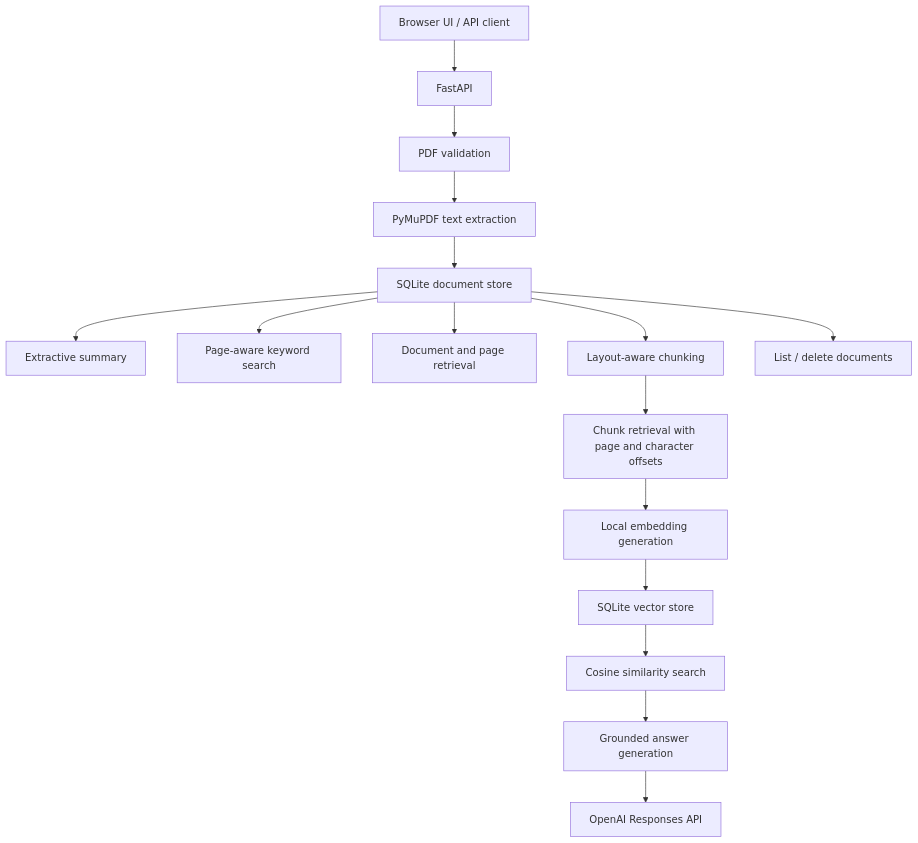
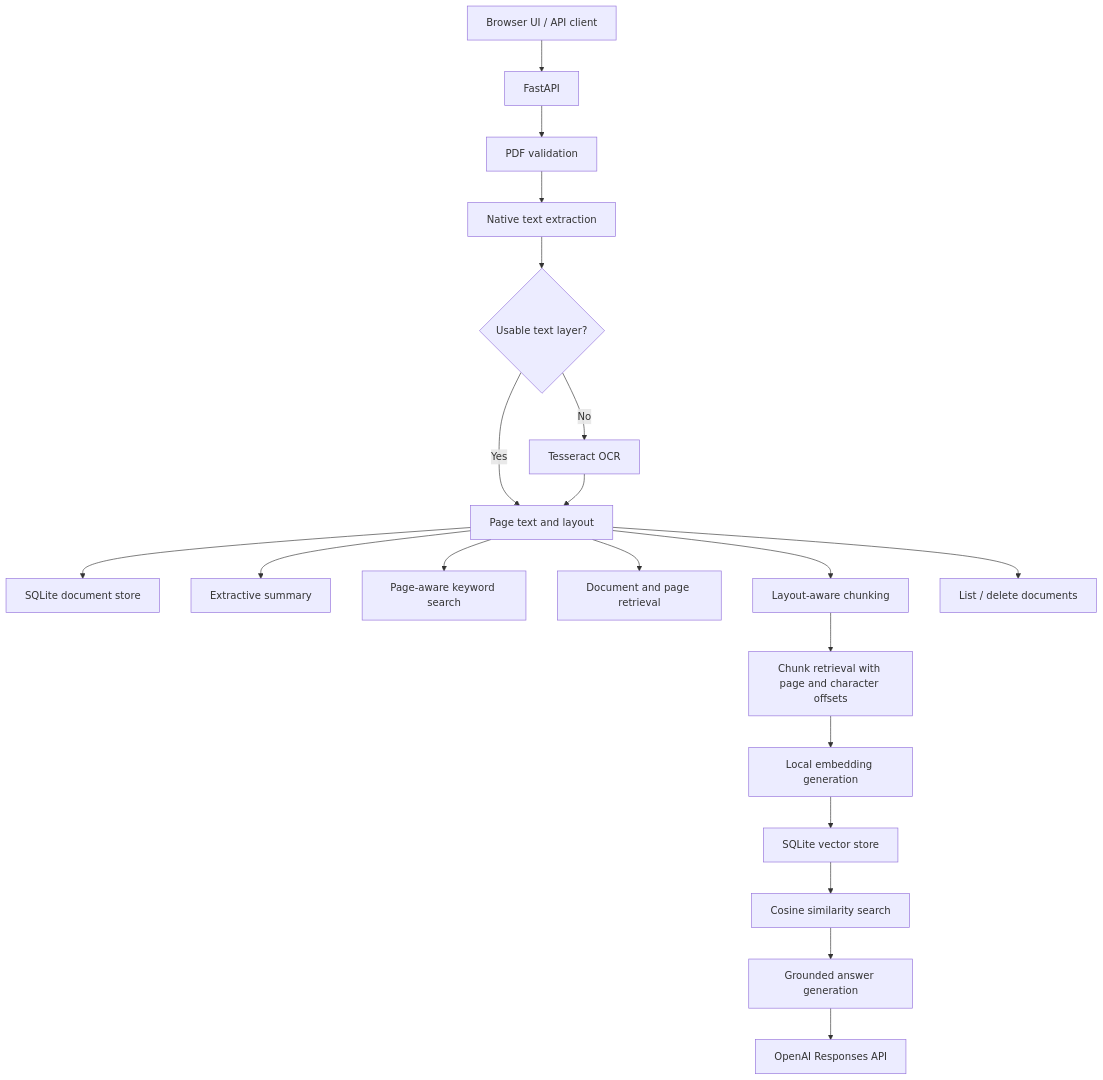
Before and after one commit to poojapansare18/documind-ai: the diagram in README.md, drawn with Mermaid. The commit also changed other lines of this file and 5 other files, not shown here.

First line of the commit message:
Add OCR fallback for scanned PDF pages (#8)

````diff
--- a/README.md
+++ b/README.md
@@ -29,18 +30,22 @@
 ```mermaid
 flowchart TD
     A[Browser UI / API client] --> B[FastAPI]
     B --> C[PDF validation]
-    C --> D[PyMuPDF text extraction]
-    D --> E[SQLite document store]
+    C --> D[Native text extraction]
+    D --> Q{Usable text layer?}
+    Q -->|Yes| E[Page text and layout]
+    Q -->|No| R[Tesseract OCR]
+    R --> E
+    E --> S[SQLite document store]
     E --> F[Extractive summary]
     E --> G[Page-aware keyword search]
     E --> H[Document and page retrieval]
     E --> I[Layout-aware chunking]
     I --> J[Chunk retrieval with page and character offsets]
     J --> K[Local embedding generation]
     K --> L[SQLite vector store]
     L --> M[Cosine similarity search]
     M --> O[Grounded answer generation]
     O --> P[OpenAI Responses API]
     E --> N[List / delete documents]
 ```
````
